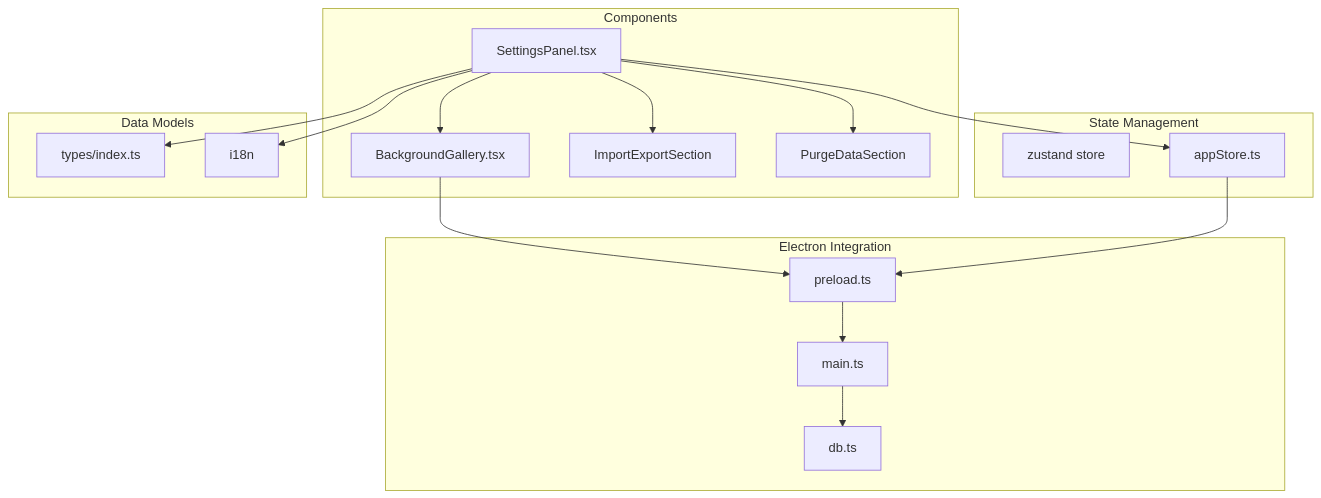
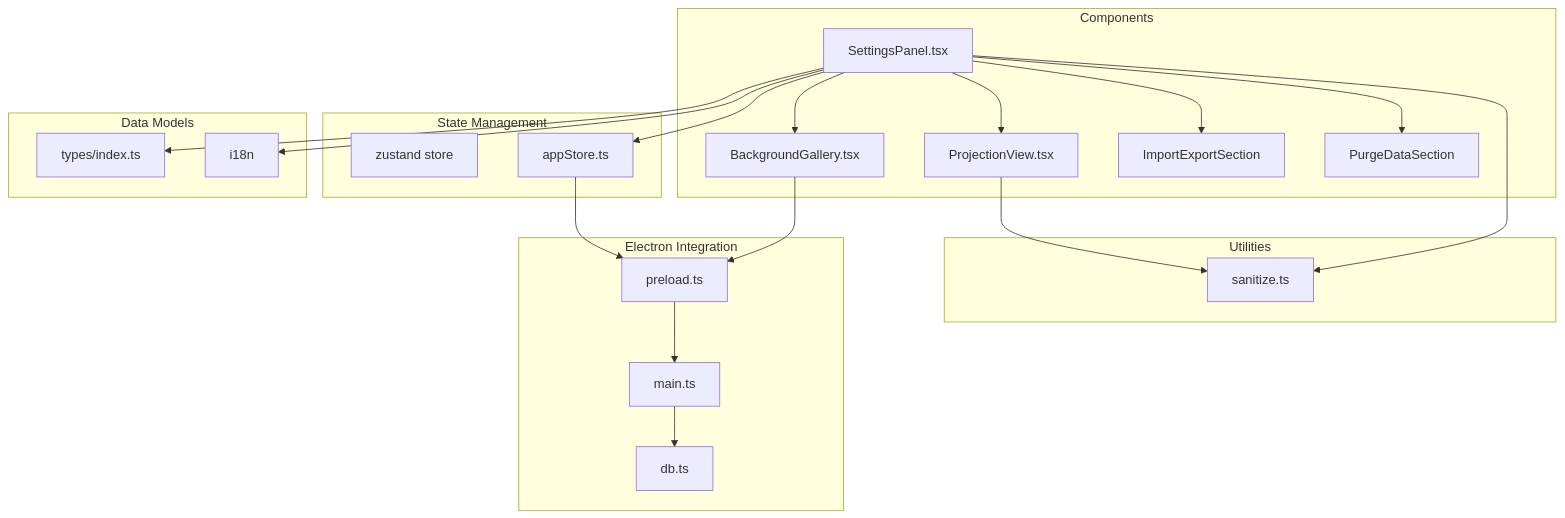
Before and after one commit to jimmywyk/lyricdeck: the first of 9 diagrams in .qoder/repowiki/en/content/Architecture Overview/Component Architecture/Settings Panel.md, drawn with Mermaid. The commit also changed other lines of this file and 12 other files, not shown here.

Commit message:
Add projection view

````diff
--- a/.qoder/repowiki/en/content/Architecture Overview/Component Architecture/Settings Panel.md
+++ b/.qoder/repowiki/en/content/Architecture Overview/Component Architecture/Settings Panel.md
@@ -42,32 +44,39 @@
 ```mermaid
 graph TB
 subgraph "Components"
 SP[SettingsPanel.tsx]
 BG[BackgroundGallery.tsx]
+PV[ProjectionView.tsx]
 IES[ImportExportSection]
 PDS[PurgeDataSection]
+end
+subgraph "Utilities"
+SAN[sanitize.ts]
 end
 subgraph "State Management"
 ZS[zustand store]
 AS[appStore.ts]
 end
 subgraph "Electron Integration"
 EP[preload.ts]
 EM[main.ts]
 DB[db.ts]
 end
 subgraph "Data Models"
 TM[types/index.ts]
 I18N[i18n]
 end
 SP --> BG
+SP --> PV
+SP --> SAN
 SP --> IES
 SP --> PDS
 SP --> AS
 BG --> EP
+PV --> SAN
 AS --> EP
 EP --> EM
 EM --> DB
 SP --> TM
 SP --> I18N
 ```
````
